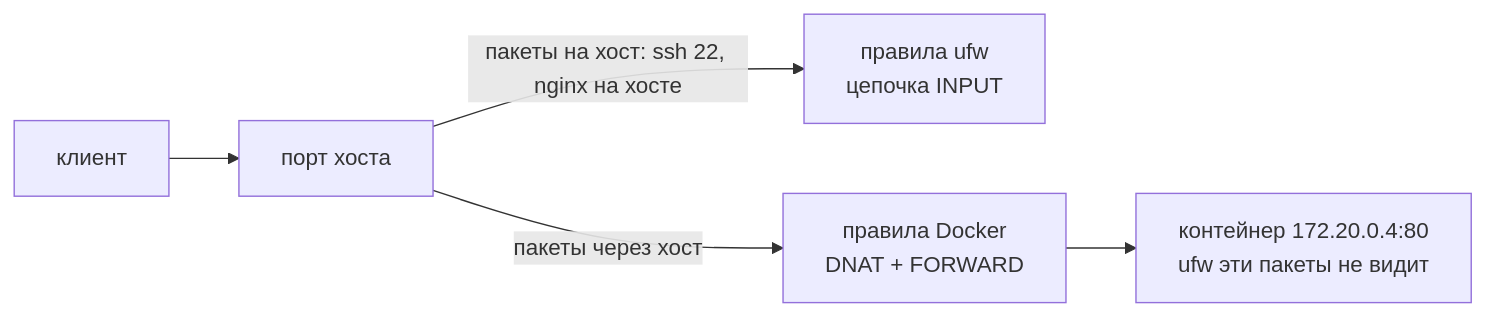
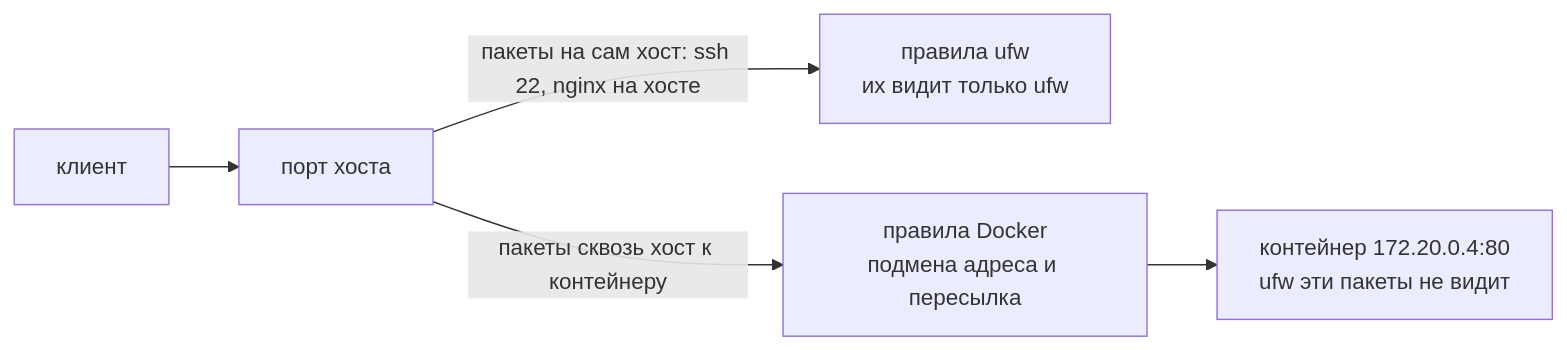
Before and after one commit to distinguished-sre/learning: the second of 6 diagrams in devops/04-docker/06-compose-nginx-tls.md, drawn with Mermaid. The commit also changed other lines of this file and 462 other files, not shown here.

````diff
--- a/devops/04-docker/06-compose-nginx-tls.md
+++ b/devops/04-docker/06-compose-nginx-tls.md
@@ -108,7 +117,7 @@
 ```mermaid
 flowchart LR
     CL["клиент"] --> PORT["порт хоста"]
-    PORT -->|"пакеты на хост: ssh 22, nginx на хосте"| UFW["правила ufw<br>цепочка INPUT"]
-    PORT -->|"пакеты через хост"| DK["правила Docker<br>DNAT + FORWARD"]
+    PORT -->|"пакеты на сам хост: ssh 22, nginx на хосте"| UFW["правила ufw<br>их видит только ufw"]
+    PORT -->|"пакеты сквозь хост к контейнеру"| DK["правила Docker<br>подмена адреса и пересылка"]
     DK --> CT["контейнер 172.20.0.4:80<br>ufw эти пакеты не видит"]
 ```
````
